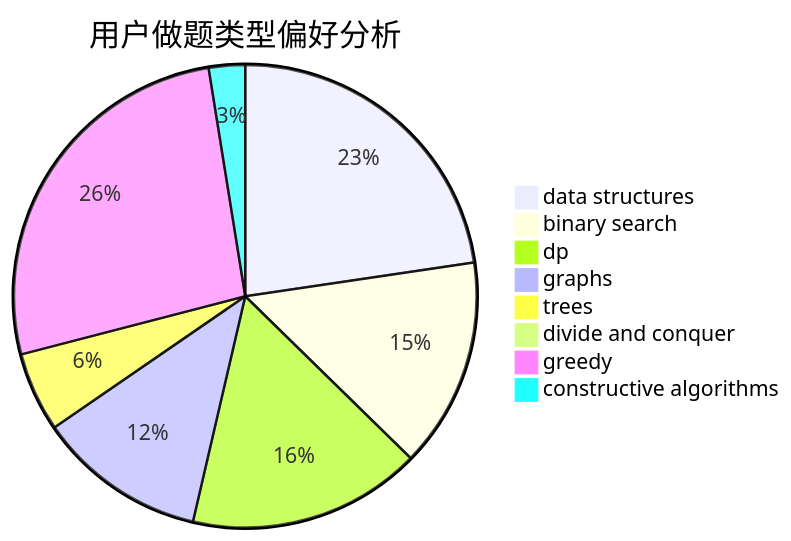
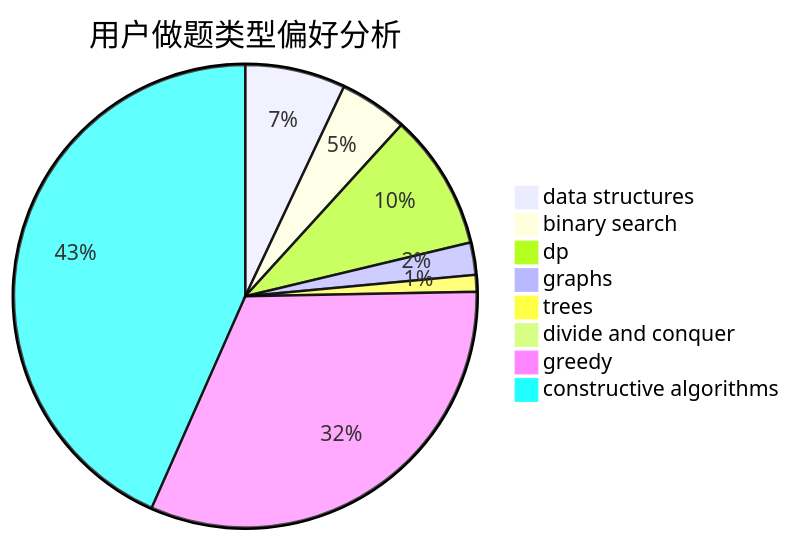
The second of 3 diagrams in docs/user/u296.md (sherpahu/cfrs.github.io), drawn with Mermaid before and after one commit. The commit also changed other lines of this file and 2770 other files, not shown here.

````diff
--- a/docs/user/u296.md
+++ b/docs/user/u296.md
@@ -23,11 +23,11 @@
 ```mermaid
 pie title 用户做题类型偏好分析
-    "data structures" :  331
-    "binary search" :  214
-    "dp" :  238
-    "graphs" :  172
-    "trees" :  81
-    "divide and conquer" :  8
-    "greedy" :  387
-    "constructive algorithms" :  37
+    "data structures" :  84
+    "binary search" :  57
+    "dp" :  114
+    "graphs" :  27
+    "trees" :  14
+    "divide and conquer" :  0
+    "greedy" :  383
+    "constructive algorithms" :  520
 ```
````
